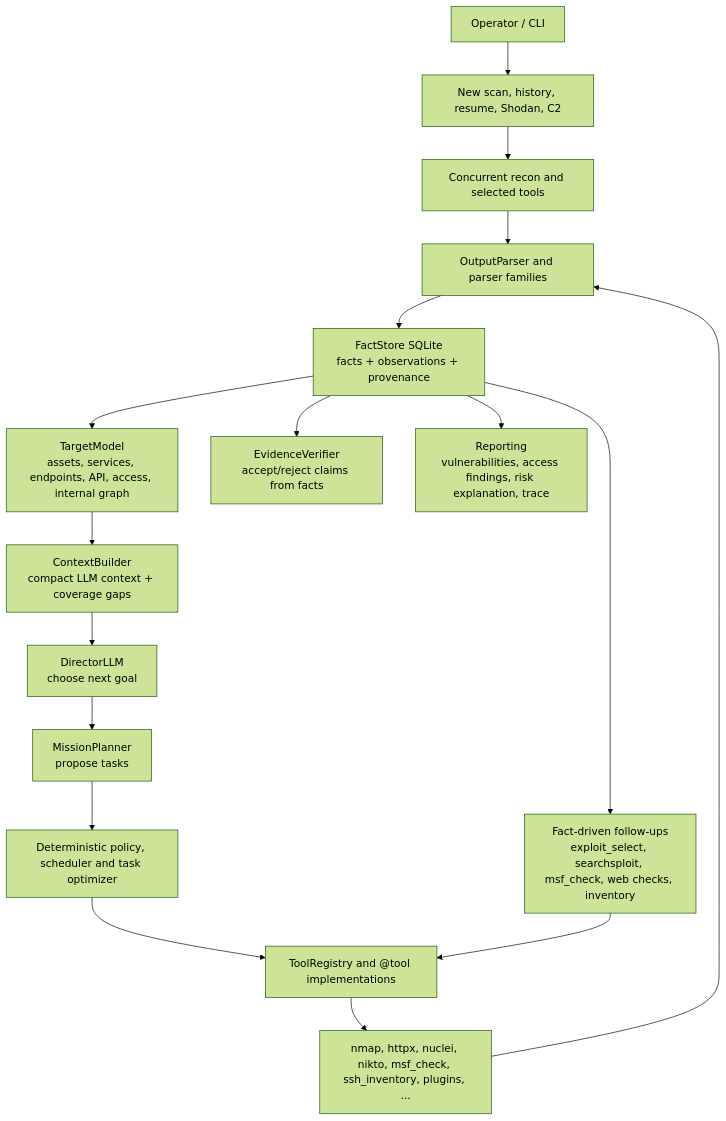
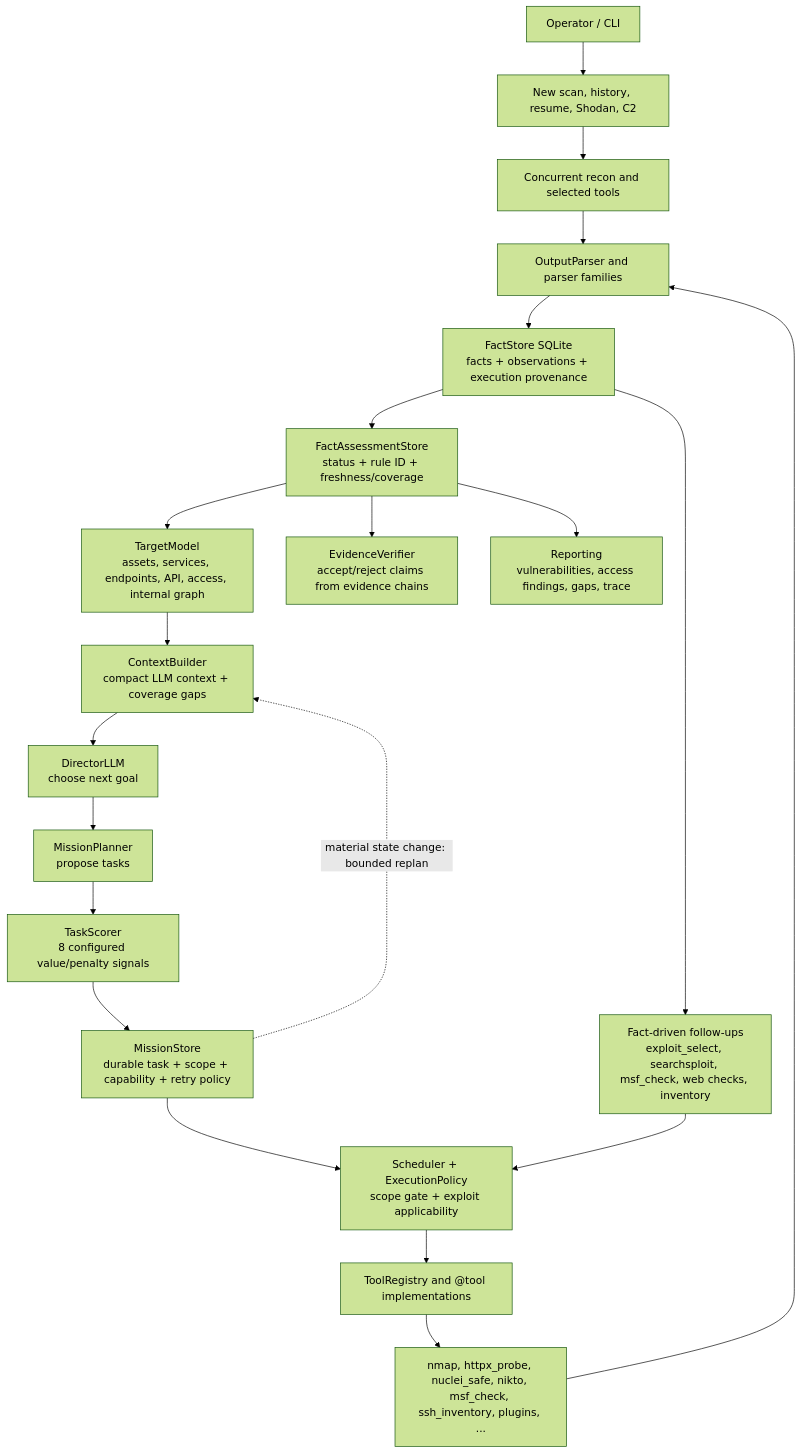
Before and after one commit to mrX1007/octopus: the diagram in README.md, drawn with Mermaid (forest theme). The commit also changed other lines of this file and 145 other files, not shown here.

Commit message:
Complete durable mission, assessment, and benchmark lifecycle

````diff
--- a/README.md
+++ b/README.md
@@ -47,19 +47,23 @@
 ```mermaid
 flowchart TD
     Operator["Operator / CLI"] --> Scan["New scan, history, resume, Shodan, C2"]
     Scan --> Recon["Concurrent recon and selected tools"]
     Recon --> Parser["OutputParser and parser families"]
-    Parser --> Facts["FactStore SQLite<br/>facts + observations + provenance"]
-    Facts --> Target["TargetModel<br/>assets, services, endpoints, API, access, internal graph"]
+    Parser --> Facts["FactStore SQLite<br/>facts + observations + execution provenance"]
+    Facts --> Assess["FactAssessmentStore<br/>status + rule ID + freshness/coverage"]
+    Assess --> Target["TargetModel<br/>assets, services, endpoints, API, access, internal graph"]
     Target --> Context["ContextBuilder<br/>compact LLM context + coverage gaps"]
     Context --> Director["DirectorLLM<br/>choose next goal"]
     Director --> Planner["MissionPlanner<br/>propose tasks"]
-    Planner --> Policy["Deterministic policy, scheduler and task optimizer"]
+    Planner --> Score["TaskScorer<br/>8 configured value/penalty signals"]
+    Score --> Mission["MissionStore<br/>durable task + scope + capability + retry policy"]
+    Mission --> Policy["Scheduler + ExecutionPolicy<br/>scope gate + exploit applicability"]
     Policy --> Registry["ToolRegistry and @tool implementations"]
-    Registry --> Tools["nmap, httpx, nuclei, nikto, msf_check, ssh_inventory, plugins, ..."]
+    Registry --> Tools["nmap, httpx_probe, nuclei_safe, nikto, msf_check, ssh_inventory, plugins, ..."]
     Tools --> Parser
-    Facts --> Verifier["EvidenceVerifier<br/>accept/reject claims from facts"]
+    Assess --> Verifier["EvidenceVerifier<br/>accept/reject claims from evidence chains"]
     Facts --> Actions["Fact-driven follow-ups<br/>exploit_select, searchsploit, msf_check, web checks, inventory"]
-    Actions --> Registry
-    Facts --> Report["Reporting<br/>vulnerabilities, access findings, risk explanation, trace"]
+    Actions --> Policy
+    Assess --> Report["Reporting<br/>vulnerabilities, access findings, gaps, trace"]
+    Mission -.->|material state change: bounded replan| Context
 ```
````
